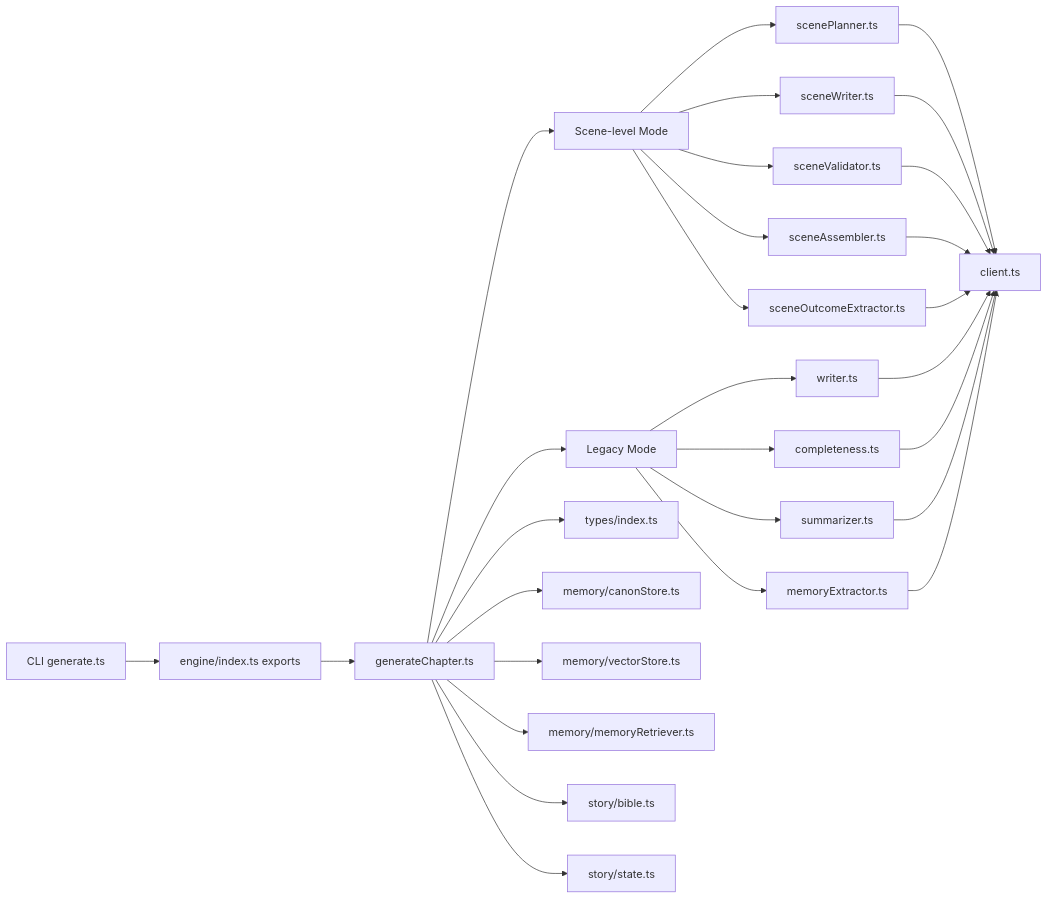
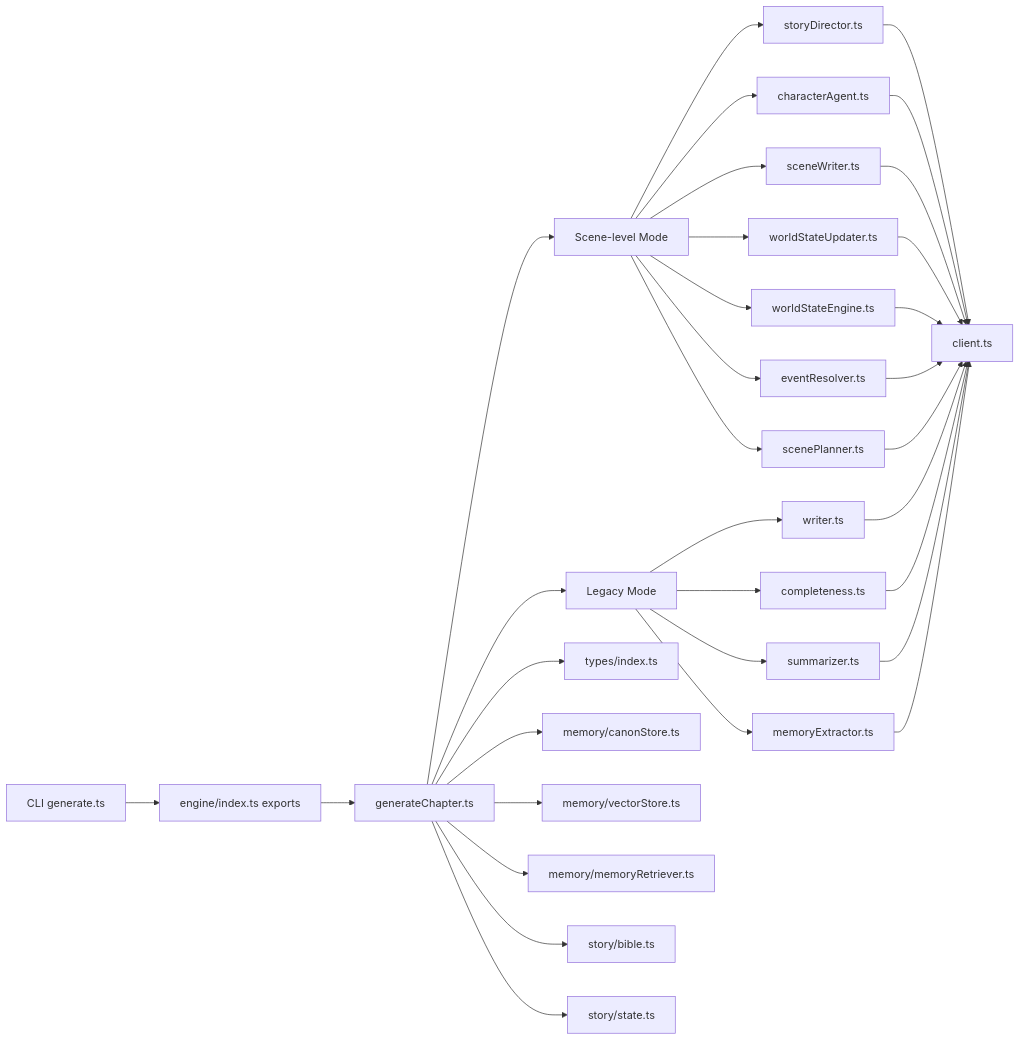
Before and after one commit to liwonder/NARRITIVE_OS: the fourth of 4 diagrams in .qoder/repowiki/en/content/Engine Architecture/Generation Pipeline.md, drawn with Mermaid. The commit also changed other lines of this file and 12 other files, not shown here.

````diff
--- a/.qoder/repowiki/en/content/Engine Architecture/Generation Pipeline.md
+++ b/.qoder/repowiki/en/content/Engine Architecture/Generation Pipeline.md
@@ -412,31 +531,35 @@
 ```mermaid
 graph LR
 CLI["CLI generate.ts"] --> API["engine/index.ts exports"]
 API --> Gen["generateChapter.ts"]
 Gen --> SceneMode["Scene-level Mode"]
 Gen --> LegacyMode["Legacy Mode"]
+SceneMode --> Director["storyDirector.ts"]
 SceneMode --> SP["scenePlanner.ts"]
+SceneMode --> Agents["characterAgent.ts"]
 SceneMode --> SW["sceneWriter.ts"]
-SceneMode --> SV["sceneValidator.ts"]
-SceneMode --> SA["sceneAssembler.ts"]
-SceneMode --> SOE["sceneOutcomeExtractor.ts"]
+SceneMode --> WorldUpd["worldStateUpdater.ts"]
+SceneMode --> WSE["worldStateEngine.ts"]
+SceneMode --> EV["eventResolver.ts"]
 LegacyMode --> W["writer.ts"]
 LegacyMode --> CC["completeness.ts"]
 LegacyMode --> S["summarizer.ts"]
 LegacyMode --> ME["memoryExtractor.ts"]
-SP --> LLM["client.ts"]
+Director --> LLM["client.ts"]
+Agents --> LLM
 SW --> LLM
-SV --> LLM
-SA --> LLM
-SOE --> LLM
+WorldUpd --> LLM
+WSE --> LLM
+EV --> LLM
+SP --> LLM
 W --> LLM
 CC --> LLM
 S --> LLM
 ME --> LLM
 Gen --> Types["types/index.ts"]
 Gen --> Canon["memory/canonStore.ts"]
 Gen --> VS["memory/vectorStore.ts"]
 Gen --> MR["memory/memoryRetriever.ts"]
 Gen --> Story["story/bible.ts"]
 Gen --> State["story/state.ts"]
 ```
````
